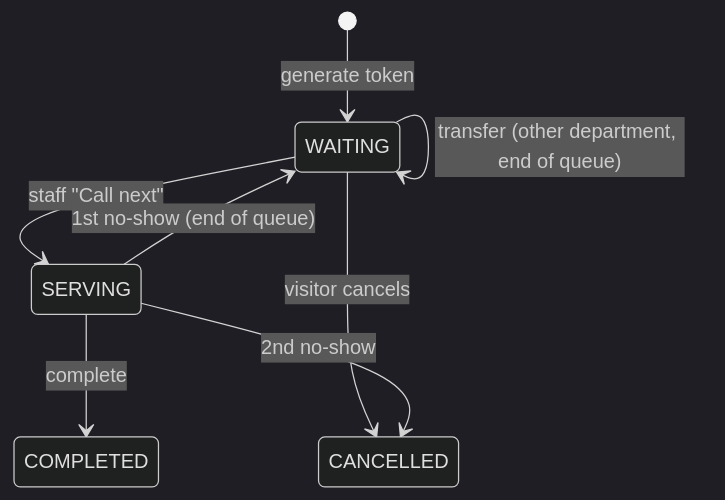
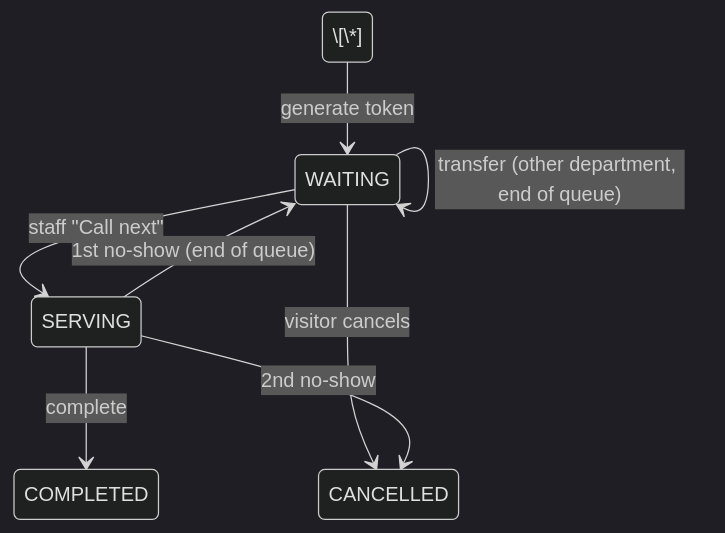
Before and after one commit to SohanPendhari/smart-office-token-management: the second of 2 diagrams in README.md, drawn with Mermaid (dark theme). The commit also changed other lines of this file, not shown here.

````diff
--- a/README.md
+++ b/README.md
@@ -121,10 +121,10 @@
 ```mermaid
 stateDiagram-v2
-    [*] --> WAITING: generate token
+    \\\[\\\*] --> WAITING: generate token
     WAITING --> SERVING: staff "Call next"
     WAITING --> CANCELLED: visitor cancels
     SERVING --> COMPLETED: complete
     SERVING --> WAITING: 1st no-show (end of queue)
     SERVING --> CANCELLED: 2nd no-show
     WAITING --> WAITING: transfer (other department, end of queue)
 ```
````
